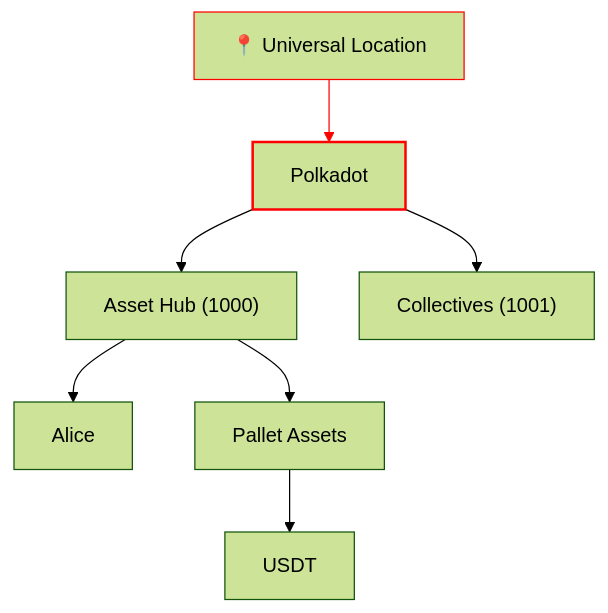
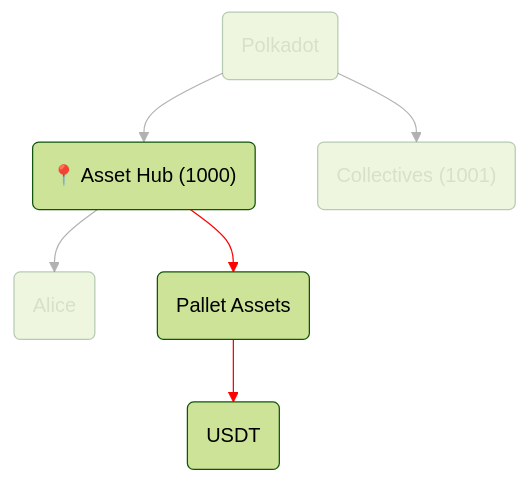
Before and after one commit to Polkadot-Blockchain-Academy/pba-content: diagram 17 of 20 in syllabus/7-XCM/1-Core_Concepts_of_XCM/Core_Concepts_of_XCM_slides.md, drawn with Mermaid (forest theme). The commit also changed other lines of this file and 1 other file, not shown here.

Commit message:
Change mermaidjs theme

````diff
--- a/syllabus/7-XCM/1-Core_Concepts_of_XCM/Core_Concepts_of_XCM_slides.md
+++ b/syllabus/7-XCM/1-Core_Concepts_of_XCM/Core_Concepts_of_XCM_slides.md
@@ -649,12 +711,14 @@
 ```mermaid
 graph TD
-    Universe["📍 Universal Location"]-->Polkadot
-    Polkadot-->AssetHub["Asset Hub (1000)"]
-    Polkadot-->Collectives["Collectives (1001)"]
-    AssetHub-->Alice
-    AssetHub-->AssetsPallet[Pallet Assets]
-    AssetsPallet-->Asset[USDT]
-    style Universe stroke:red
-    style Polkadot stroke:red,stroke-width:2
-    linkStyle 0 stroke:red
+    Polkadot(Polkadot):::disabled-->AssetHub("📍 Asset Hub (1000)")
+    Polkadot-->Collectives("Collectives (1001)"):::disabled
+    AssetHub-->Alice(Alice):::disabled
+    AssetHub-->AssetsPallet(Pallet Assets)
+    AssetsPallet-->Asset(USDT)
+    linkStyle 0 opacity:0.3
+    linkStyle 1 opacity:0.3
+    linkStyle 2 opacity:0.3
+    linkStyle 3 stroke:red
+    linkStyle 4 stroke:red
+    classDef disabled opacity:0.3
 ```
````
